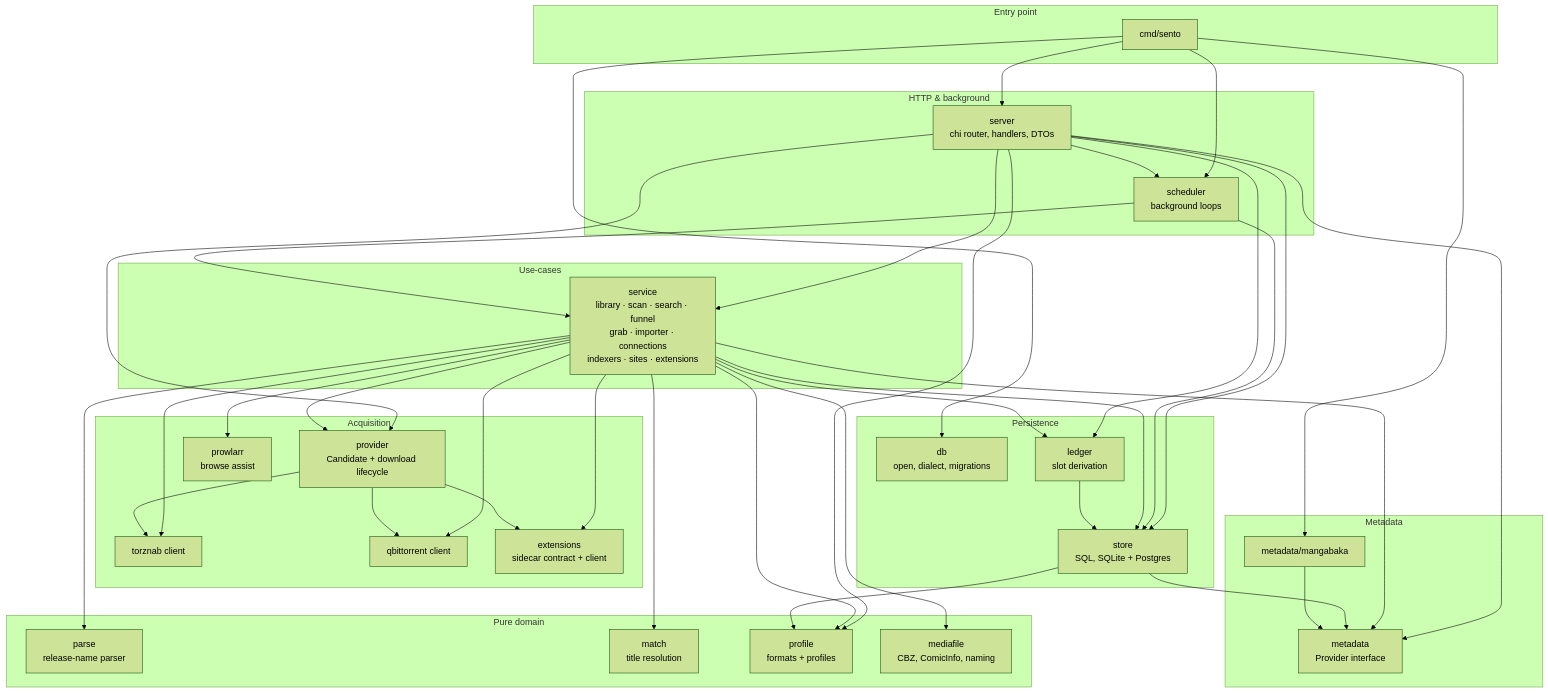
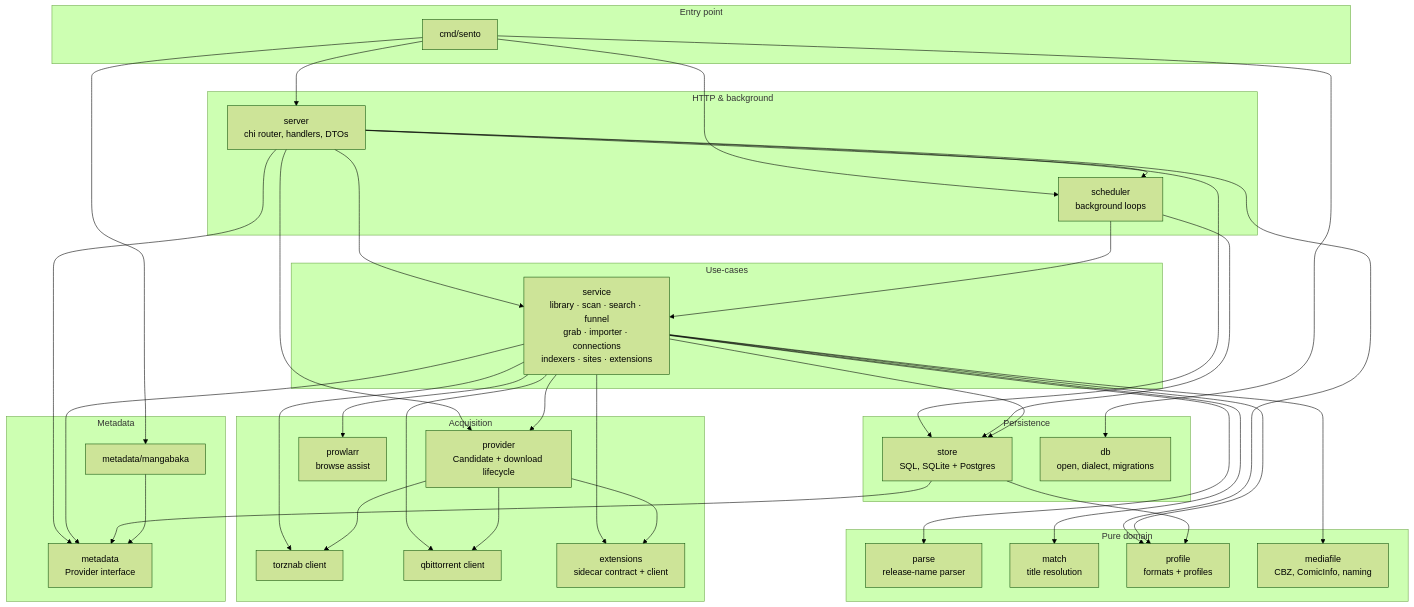
Before and after one commit to h-wb/sento: the diagram in docs/architecture.md, drawn with Mermaid (forest theme). The commit also changed other lines of this file and 34 other files, not shown here.

````diff
--- a/docs/architecture.md
+++ b/docs/architecture.md
@@ -24,80 +24,76 @@
 ```mermaid
 graph TD
     subgraph entry [Entry point]
         cmd[cmd/sento]
     end
 
     subgraph http [HTTP & background]
         server[server<br/>chi router, handlers, DTOs]
         scheduler[scheduler<br/>background loops]
     end
 
     subgraph core [Use-cases]
         service[service<br/>library · scan · search · funnel<br/>grab · importer · connections<br/>indexers · sites · extensions]
     end
 
     subgraph persistence [Persistence]
         store[store<br/>SQL, SQLite + Postgres]
         db[db<br/>open, dialect, migrations]
-        ledger[ledger<br/>slot derivation]
     end
 
     subgraph acquisition [Acquisition]
         provider[provider<br/>Candidate + download lifecycle]
         torznab[torznab client]
         qbittorrent[qbittorrent client]
         extensions[extensions<br/>sidecar contract + client]
         prowlarr[prowlarr<br/>browse assist]
     end
 
     subgraph meta [Metadata]
         metadata[metadata<br/>Provider interface]
         mangabaka[metadata/mangabaka]
     end
 
     subgraph domain [Pure domain]
         parse[parse<br/>release-name parser]
         match[match<br/>title resolution]
         profile[profile<br/>formats + profiles]
         mediafile[mediafile<br/>CBZ, ComicInfo, naming]
     end
 
     cmd --> server
     cmd --> scheduler
     cmd --> db
     cmd --> mangabaka
 
     server --> service
     server --> scheduler
     server --> store
-    server --> ledger
     server --> provider
     server --> profile
     server --> metadata
 
     scheduler --> service
     scheduler --> store
 
     service --> store
-    service --> ledger
     service --> provider
     service --> metadata
     service --> parse
     service --> match
     service --> profile
     service --> mediafile
     service --> prowlarr
     service --> torznab
     service --> qbittorrent
     service --> extensions
 
-    ledger --> store
     store --> metadata
     store --> profile
 
     provider --> torznab
     provider --> qbittorrent
     provider --> extensions
 
     mangabaka --> metadata
 ```
````
